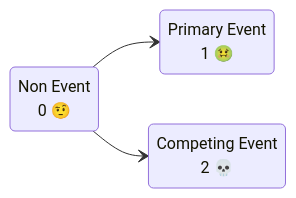
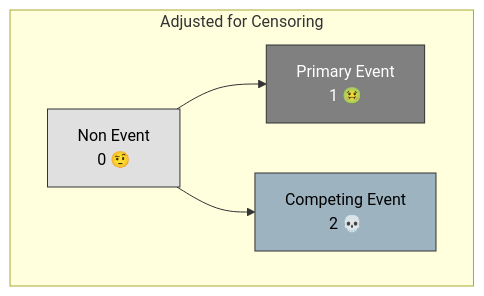
One commit to uriahf/rtichoke_python changed the fifth of 5 diagrams in docs/before_we_validate.qmd. Above: the diagram before and after it, drawn with Mermaid. The commit also changed other lines of this file and 44 other files, not shown here.

````diff
--- a/docs/before_we_validate.qmd
+++ b/docs/before_we_validate.qmd
@@ -130,11 +221,21 @@
 ```{mermaid}
-stateDiagram-v2
+
+graph LR
+    subgraph Adjusted for Censoring 
     direction LR
+    S0["Non Event<br>0 🤨"] -->S1["Primary Event<br>1 🤢"]    
+    S0 -->S2["Competing Event<br>2 💀"]
+    end
+
     
-    state "Non Event<br>0 🤨" as S0
-    state "Primary Event<br>1 🤢" as S1
-    state "Competing Event<br>2 💀" as S2
-    
-    S0 --> S1: 
-    S0 --> S2: 
+    classDef nonEvent fill:#E0E0E0,stroke:#333,stroke-width:1px,color:black
+    classDef primaryEvent fill:#808080,stroke:#333,stroke-width:1px,color:white
+    classDef competingEvent fill:#9DB4C0,stroke:#333,stroke-width:1px,color:black
+
+    class S0 nonEvent
+    class S1 primaryEvent
+    class S2 competingEvent
+
+    linkStyle 0 stroke:#333
+
 ```
````
